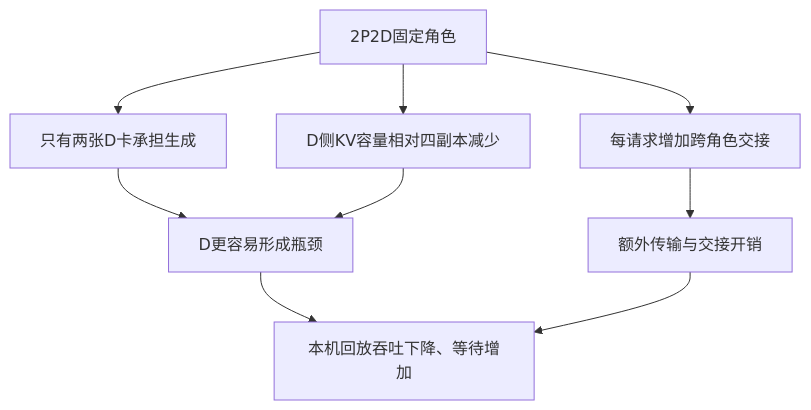
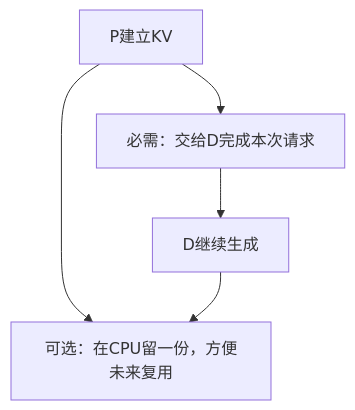
One commit to emprorsky/vllm_xxy changed diagram 29 of 34 in Documents_xxy/20261019最终面试向理解文档.md. Above: the diagram before and after it, drawn with Mermaid. The commit also changed other lines of this file and 9 other files, not shown here.

````diff
--- a/Documents_xxy/20261019最终面试向理解文档.md
+++ b/Documents_xxy/20261019最终面试向理解文档.md
@@ -1614,11 +1621,7 @@
 ```mermaid
 flowchart TB
-    A["2P2D固定角色"] --> B["只有两张D卡承担生成"]
-    A --> C["D侧KV容量相对四副本减少"]
-    A --> D["每请求增加跨角色交接"]
-    B --> E["D更容易形成瓶颈"]
-    C --> E
-    D --> F["额外传输与交接开销"]
-    E --> G["本机回放吞吐下降、等待增加"]
-    F --> G
+    A["P建立KV"] --> B["必需：交给D完成本次请求"]
+    B --> C["D继续生成"]
+    A --> D["可选：在CPU留一份，方便未来复用"]
+    C --> D
 ```
````
